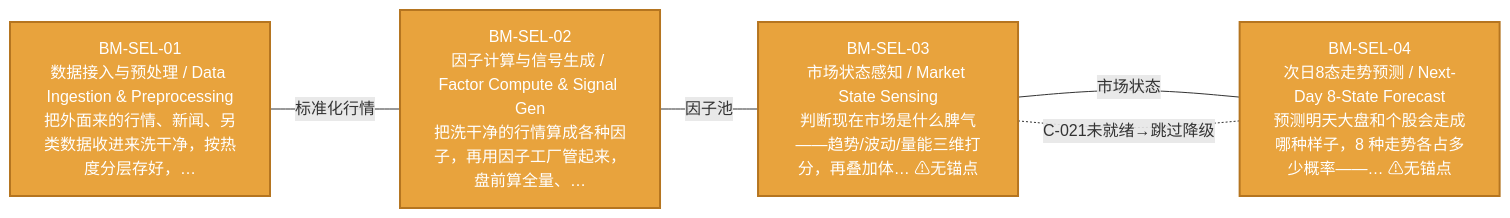
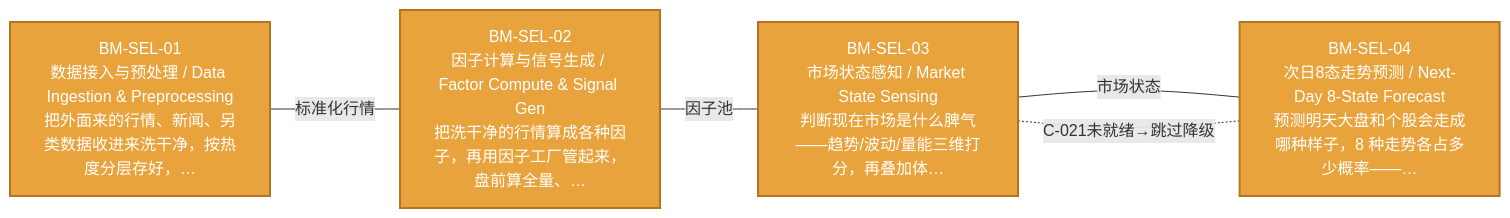
One commit to xuanFelixVan/ZephyrAlpha changed the diagram in docs/02_enterprise_architecture/07_trading_decision_architecture/battle_map/battle_map_01_stock_selection.md. Above: the diagram before and after it, drawn with Mermaid. The commit also changed other lines of this file and 2 other files, not shown here.

````diff
--- a/docs/02_enterprise_architecture/07_trading_decision_architecture/battle_map/battle_map_01_stock_selection.md
+++ b/docs/02_enterprise_architecture/07_trading_decision_architecture/battle_map/battle_map_01_stock_selection.md
@@ -15,16 +15,16 @@
 ```mermaid
 %% 选股阶段图
 flowchart LR
     BM_SEL_01["BM-SEL-01\n数据接入与预处理 / Data Ingestion & Preprocessing\n把外面来的行情、新闻、另类数据收进来洗干净，按热度分层存好，…"]:::design
     BM_SEL_02["BM-SEL-02\n因子计算与信号生成 / Factor Compute & Signal Gen\n把洗干净的行情算成各种因子，再用因子工厂管起来，盘前算全量、…"]:::design
-    BM_SEL_03["BM-SEL-03\n市场状态感知 / Market State Sensing\n判断现在市场是什么脾气——趋势/波动/量能三维打分，再叠加体… ⚠无锚点"]:::design
-    BM_SEL_04["BM-SEL-04\n次日8态走势预测 / Next-Day 8-State Forecast\n预测明天大盘和个股会走成哪种样子，8 种走势各占多少概率——… ⚠无锚点"]:::design
+    BM_SEL_03["BM-SEL-03\n市场状态感知 / Market State Sensing\n判断现在市场是什么脾气——趋势/波动/量能三维打分，再叠加体…"]:::design
+    BM_SEL_04["BM-SEL-04\n次日8态走势预测 / Next-Day 8-State Forecast\n预测明天大盘和个股会走成哪种样子，8 种走势各占多少概率——…"]:::design
     BM_SEL_01 --- |标准化行情| BM_SEL_02
     BM_SEL_02 --- |因子池| BM_SEL_03
     BM_SEL_03 --- |市场状态| BM_SEL_04
     BM_SEL_03 -.- |C-021未就绪→跳过降级| BM_SEL_04
 classDef production fill:#4A90D9,stroke:#2C5F8A,color:#fff,stroke-width:2px;
 classDef design fill:#E8A33D,stroke:#B57520,color:#fff,stroke-width:2px;
 classDef deprecated fill:#999999,stroke:#666666,color:#fff,stroke-width:2px;
 classDef missing fill:#fff,stroke:#D93636,color:#D93636,stroke-width:3px;
 ```
````
